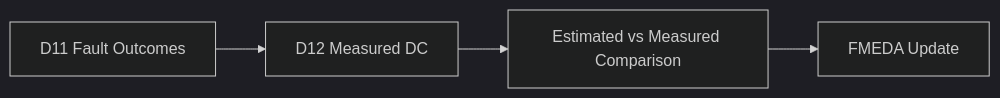
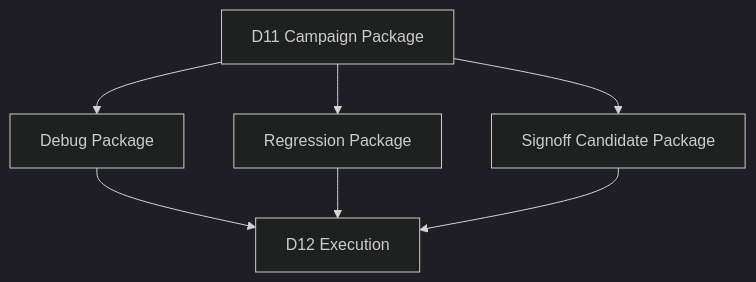
The fifth of 5 diagrams in articles/11_automotive_safeic_practice_d11_github_en_fault_outcome_classification.md (qiqixixi1001/automotive-safeic-practice), drawn with Mermaid (dark theme) before and after one commit. The commit also changed other lines of this file, not shown here.

````diff
--- a/articles/11_automotive_safeic_practice_d11_github_en_fault_outcome_classification.md
+++ b/articles/11_automotive_safeic_practice_d11_github_en_fault_outcome_classification.md
@@ -1440,6 +879,9 @@
 ```mermaid
-flowchart LR
-    A[D11 Fault Outcomes] --> B[D12 Measured DC]
-    B --> C[Estimated vs Measured Comparison]
-    C --> D[FMEDA Update]
+flowchart TD
+    P[D11 Campaign Package] --> D[Debug Package]
+    P --> R[Regression Package]
+    P --> S[Signoff Candidate Package]
+    D --> D12[D12 Execution]
+    R --> D12
+    S --> D12
 ```
````
